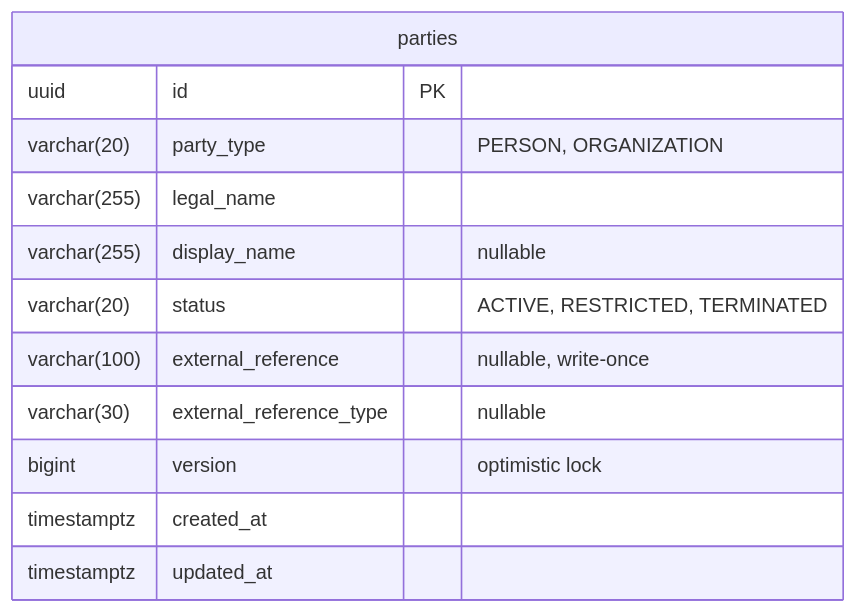
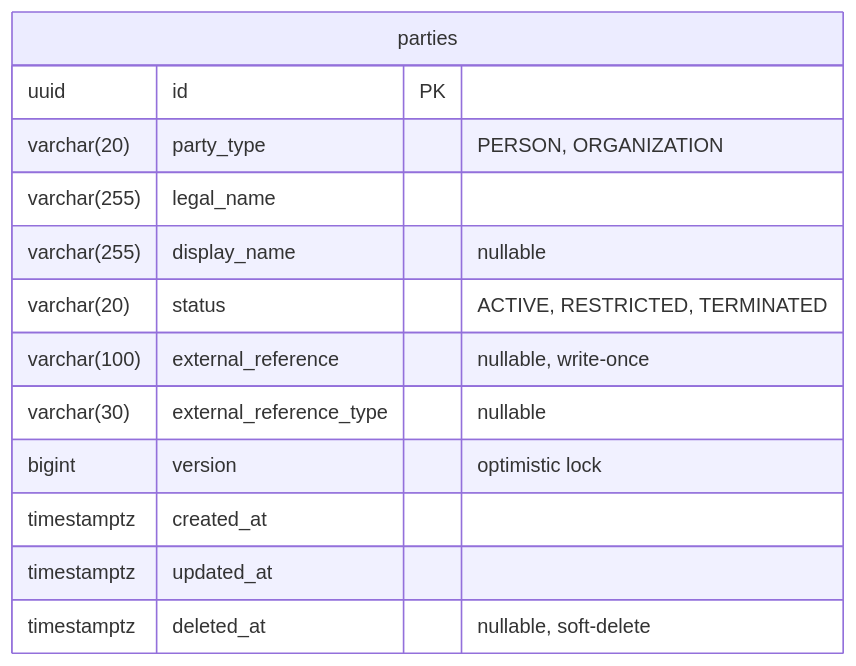
Before and after one commit to meridianhub/meridian: the third of 3 diagrams in services/party/README.md, drawn with Mermaid. The commit also changed other lines of this file and 4 other files, not shown here.

````diff
--- a/services/party/README.md
+++ b/services/party/README.md
@@ -138,15 +142,16 @@
 ```mermaid
 erDiagram
     parties {
         uuid id PK
         varchar(20) party_type "PERSON, ORGANIZATION"
         varchar(255) legal_name
         varchar(255) display_name "nullable"
         varchar(20) status "ACTIVE, RESTRICTED, TERMINATED"
         varchar(100) external_reference "nullable, write-once"
         varchar(30) external_reference_type "nullable"
         bigint version "optimistic lock"
         timestamptz created_at
         timestamptz updated_at
+        timestamptz deleted_at "nullable, soft-delete"
     }
 ```
````
